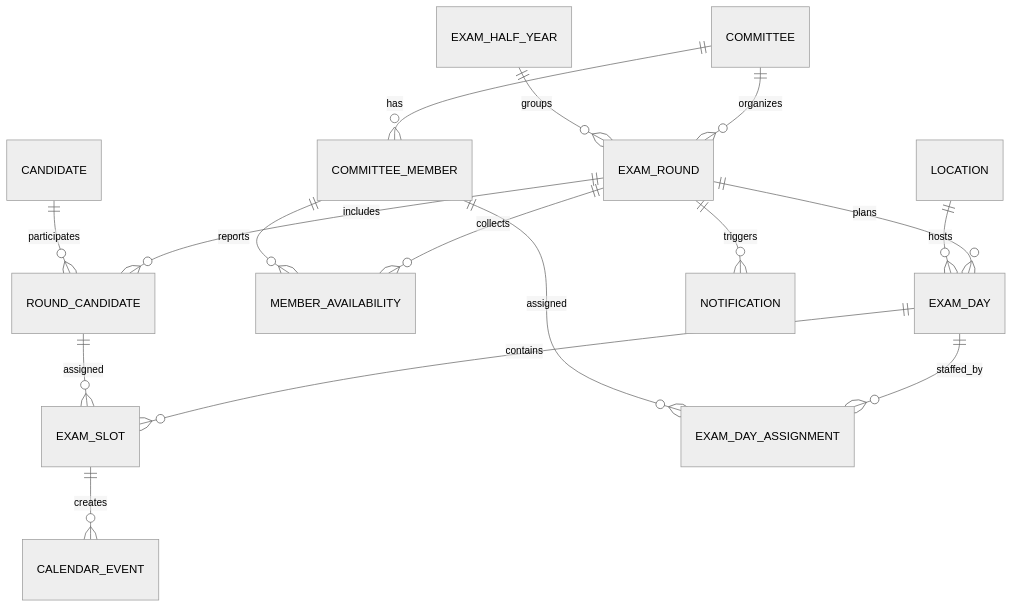
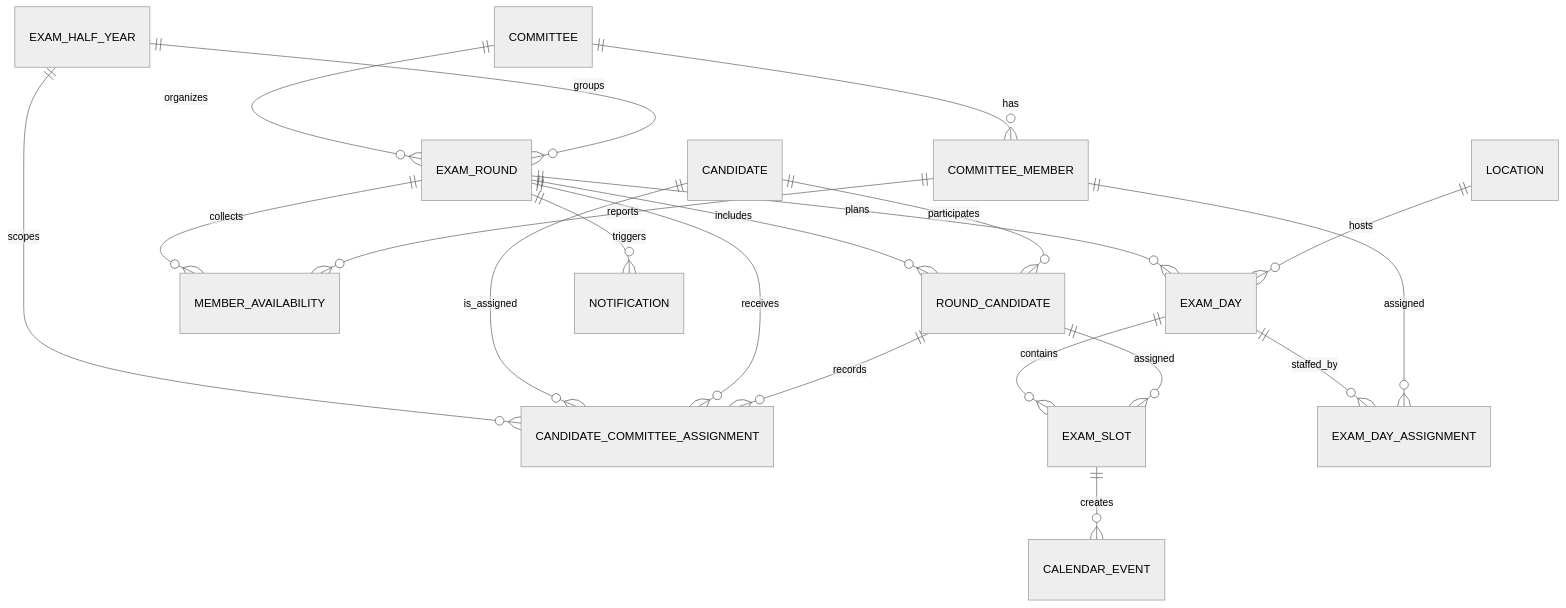
Before and after one commit to lxndrp/lzug: the diagram in docs/developers/domain-model.md, drawn with Mermaid (neutral theme). The commit also changed other lines of this file, not shown here.

Commit message:
Document exam half-year assignments

````diff
--- a/docs/developers/domain-model.md
+++ b/docs/developers/domain-model.md
@@ -27,18 +27,22 @@
 ```mermaid
 erDiagram
   COMMITTEE ||--o{ COMMITTEE_MEMBER : has
   COMMITTEE ||--o{ EXAM_ROUND : organizes
   EXAM_HALF_YEAR ||--o{ EXAM_ROUND : groups
   EXAM_ROUND ||--o{ ROUND_CANDIDATE : includes
   CANDIDATE ||--o{ ROUND_CANDIDATE : participates
+  EXAM_HALF_YEAR ||--o{ CANDIDATE_COMMITTEE_ASSIGNMENT : scopes
+  CANDIDATE ||--o{ CANDIDATE_COMMITTEE_ASSIGNMENT : is_assigned
+  EXAM_ROUND ||--o{ CANDIDATE_COMMITTEE_ASSIGNMENT : receives
+  ROUND_CANDIDATE ||--o{ CANDIDATE_COMMITTEE_ASSIGNMENT : records
   EXAM_ROUND ||--o{ MEMBER_AVAILABILITY : collects
   COMMITTEE_MEMBER ||--o{ MEMBER_AVAILABILITY : reports
   EXAM_ROUND ||--o{ EXAM_DAY : plans
   LOCATION ||--o{ EXAM_DAY : hosts
   EXAM_DAY ||--o{ EXAM_SLOT : contains
   ROUND_CANDIDATE ||--o{ EXAM_SLOT : assigned
   EXAM_DAY ||--o{ EXAM_DAY_ASSIGNMENT : staffed_by
   COMMITTEE_MEMBER ||--o{ EXAM_DAY_ASSIGNMENT : assigned
   EXAM_ROUND ||--o{ NOTIFICATION : triggers
   EXAM_SLOT ||--o{ CALENDAR_EVENT : creates
 ```
````
